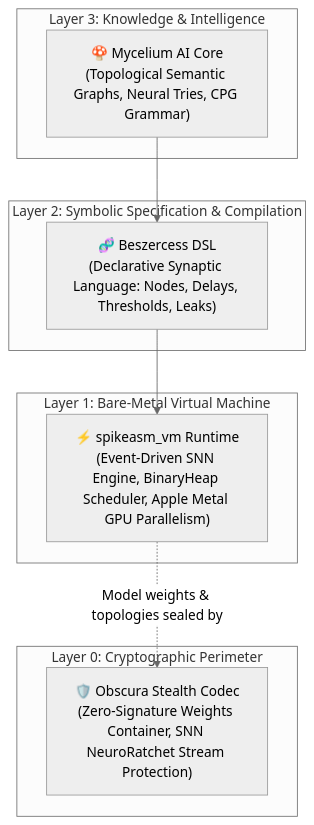
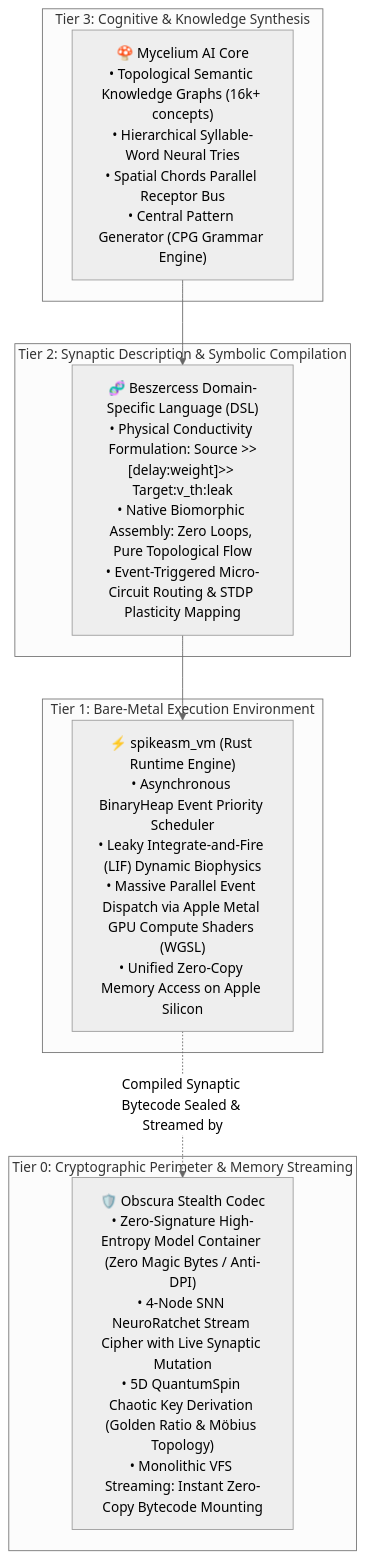
Before and after one commit to sangaafilum/Mycelium-AI: the first of 2 diagrams in README.md, drawn with Mermaid (neutral theme). The commit also changed other lines of this file, not shown here.

Commit message:
docs: deeply elaborate on spikeasm_vm biophysics, Beszercess conductivity, and Obscura VFS security

````diff
--- a/README.md
+++ b/README.md
@@ -20,19 +20,19 @@
 ```mermaid
 flowchart TD
-    subgraph L3["Layer 3: Knowledge & Intelligence"]
-        MYC["🍄 Mycelium AI Core<br/>(Topological Semantic Graphs, Neural Tries, CPG Grammar)"]
+    subgraph L3["Tier 3: Cognitive & Knowledge Synthesis"]
+        MYC["🍄 Mycelium AI Core<br/>• Topological Semantic Knowledge Graphs (16k+ concepts)<br/>• Hierarchical Syllable-Word Neural Tries<br/>• Spatial Chords Parallel Receptor Bus<br/>• Central Pattern Generator (CPG Grammar Engine)"]
     end
-    subgraph L2["Layer 2: Symbolic Specification & Compilation"]
-        BESZ["🧬 Beszercess DSL<br/>(Declarative Synaptic Language: Nodes, Delays, Thresholds, Leaks)"]
+    subgraph L2["Tier 2: Synaptic Description & Symbolic Compilation"]
+        BESZ["🧬 Beszercess Domain-Specific Language (DSL)<br/>• Physical Conductivity Formulation: Source >>[delay:weight]>> Target:v_th:leak<br/>• Native Biomorphic Assembly: Zero Loops, Pure Topological Flow<br/>• Event-Triggered Micro-Circuit Routing & STDP Plasticity Mapping"]
     end
-    subgraph L1["Layer 1: Bare-Metal Virtual Machine"]
-        SVM["⚡ spikeasm_vm Runtime<br/>(Event-Driven SNN Engine, BinaryHeap Scheduler, Apple Metal GPU Parallelism)"]
+    subgraph L1["Tier 1: Bare-Metal Execution Environment"]
+        SVM["⚡ spikeasm_vm (Rust Runtime Engine)<br/>• Asynchronous BinaryHeap Event Priority Scheduler<br/>• Leaky Integrate-and-Fire (LIF) Dynamic Biophysics<br/>• Massive Parallel Event Dispatch via Apple Metal GPU Compute Shaders (WGSL)<br/>• Unified Zero-Copy Memory Access on Apple Silicon"]
     end
-    subgraph L0["Layer 0: Cryptographic Perimeter"]
-        OBS["🛡️ Obscura Stealth Codec<br/>(Zero-Signature Weights Container, SNN NeuroRatchet Stream Protection)"]
+    subgraph L0["Tier 0: Cryptographic Perimeter & Memory Streaming"]
+        OBS["🛡️ Obscura Stealth Codec<br/>• Zero-Signature High-Entropy Model Container (Zero Magic Bytes / Anti-DPI)<br/>• 4-Node SNN NeuroRatchet Stream Cipher with Live Synaptic Mutation<br/>• 5D QuantumSpin Chaotic Key Derivation (Golden Ratio & Möbius Topology)<br/>• Monolithic VFS Streaming: Instant Zero-Copy Bytecode Mounting"]
     end
 
     MYC --> BESZ
     BESZ --> SVM
-    SVM -. "Model weights & topologies sealed by" .-> OBS
+    SVM -. "Compiled Synaptic Bytecode Sealed & Streamed by" .-> OBS
 ```
````
